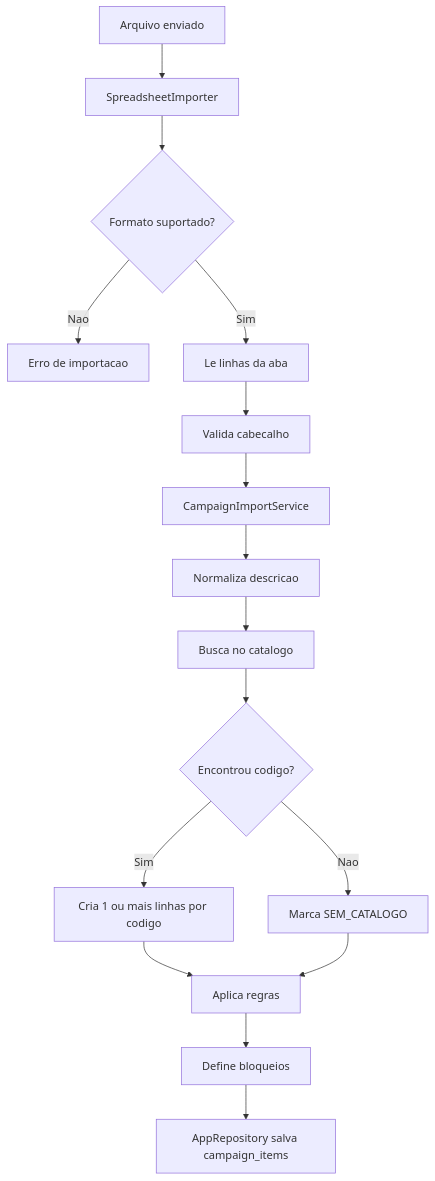
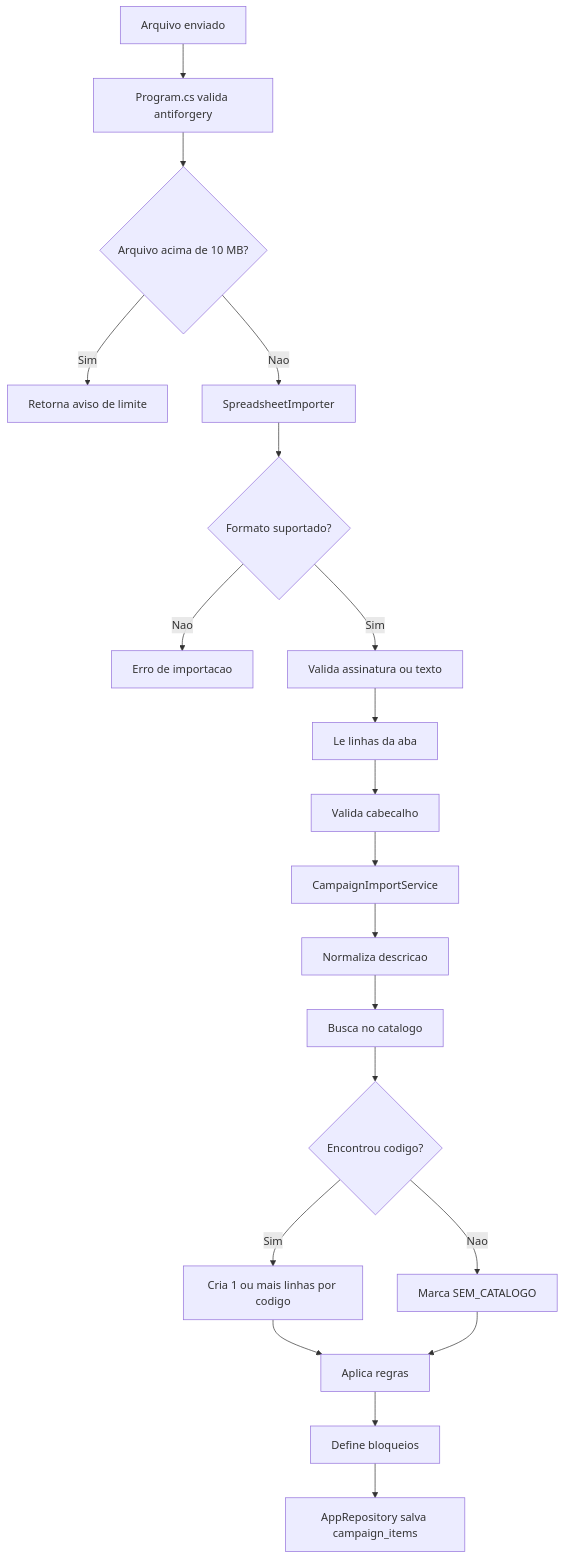
The third of 5 diagrams in docs/FLUXOGRAMA.md (LittleC-code/Clube-das-Ofertas), drawn with Mermaid before and after one commit. The commit also changed other lines of this file and 16 other files, not shown here.

````diff
--- a/docs/FLUXOGRAMA.md
+++ b/docs/FLUXOGRAMA.md
@@ -137,18 +146,22 @@
 ```mermaid
 flowchart TD
-    A[Arquivo enviado] --> B[SpreadsheetImporter]
-    B --> C{Formato suportado?}
-    C -- Nao --> X[Erro de importacao]
-    C -- Sim --> D[Le linhas da aba]
-    D --> E[Valida cabecalho]
-    E --> F[CampaignImportService]
-    F --> G[Normaliza descricao]
-    G --> H[Busca no catalogo]
-    H --> I{Encontrou codigo?}
-    I -- Nao --> J[Marca SEM_CATALOGO]
-    I -- Sim --> K[Cria 1 ou mais linhas por codigo]
-    K --> L[Aplica regras]
-    J --> L
-    L --> M[Define bloqueios]
-    M --> N[AppRepository salva campaign_items]
+    A[Arquivo enviado] --> B[Program.cs valida antiforgery]
+    B --> C{Arquivo acima de 10 MB?}
+    C -- Sim --> X[Retorna aviso de limite]
+    C -- Nao --> D[SpreadsheetImporter]
+    D --> E{Formato suportado?}
+    E -- Nao --> Y[Erro de importacao]
+    E -- Sim --> F[Valida assinatura ou texto]
+    F --> G[Le linhas da aba]
+    G --> H[Valida cabecalho]
+    H --> I[CampaignImportService]
+    I --> J[Normaliza descricao]
+    J --> K[Busca no catalogo]
+    K --> L{Encontrou codigo?}
+    L -- Nao --> M[Marca SEM_CATALOGO]
+    L -- Sim --> N[Cria 1 ou mais linhas por codigo]
+    N --> O[Aplica regras]
+    M --> O
+    O --> P[Define bloqueios]
+    P --> Q[AppRepository salva campaign_items]
 ```
````
